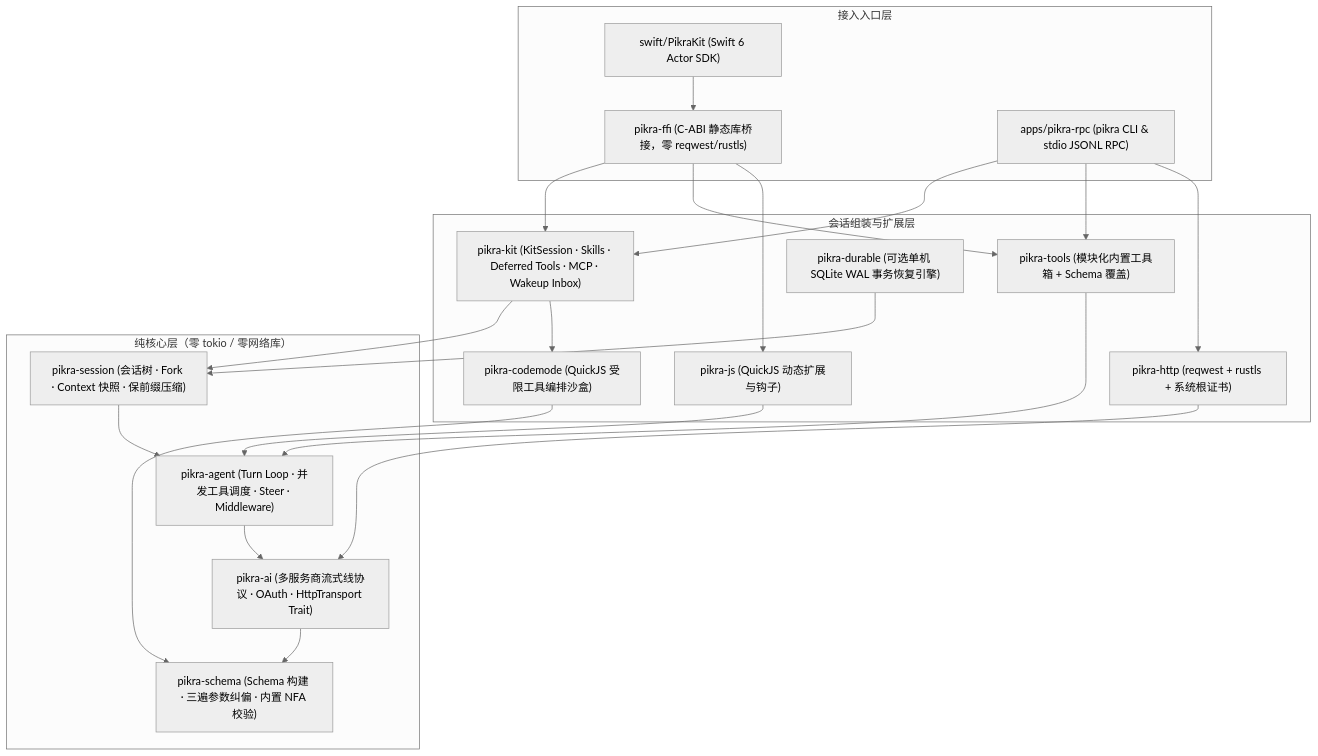
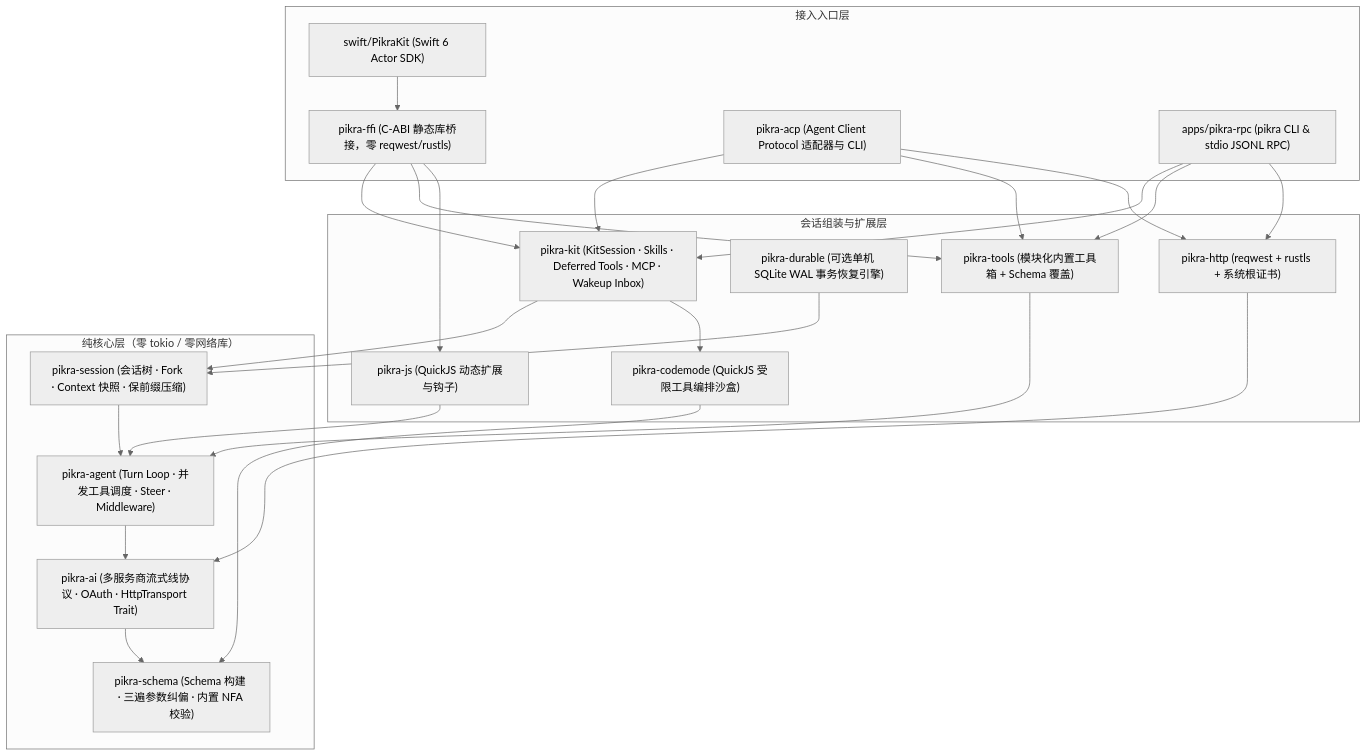
Before and after one commit to what1f/jimu: the second of 2 diagrams in docs/architecture.md, drawn with Mermaid (neutral theme). The commit also changed 3 other files, not shown here.

Commit message:
docs(acp): add pikra-acp editor integration guide and update architecture docs

````diff
--- a/docs/architecture.md
+++ b/docs/architecture.md
@@ -43,44 +43,48 @@
 ```mermaid
 flowchart TD
     subgraph Entry["接入入口层"]
         Swift["swift/PikraKit (Swift 6 Actor SDK)"]
         FFI["pikra-ffi (C-ABI 静态库桥接，零 reqwest/rustls)"]
+        ACP["pikra-acp (Agent Client Protocol 适配器与 CLI)"]
         RPC["apps/pikra-rpc (pikra CLI & stdio JSONL RPC)"]
     end
 
     subgraph Runtime["会话组装与扩展层"]
         Kit["pikra-kit (KitSession · Skills · Deferred Tools · MCP · Wakeup Inbox)"]
         Tools["pikra-tools (模块化内置工具箱 + Schema 覆盖)"]
         Durable["pikra-durable (可选单机 SQLite WAL 事务恢复引擎)"]
         JS["pikra-js (QuickJS 动态扩展与钩子)"]
         CodeMode["pikra-codemode (QuickJS 受限工具编排沙盒)"]
         HTTP["pikra-http (reqwest + rustls + 系统根证书)"]
     end
 
     subgraph Core["纯核心层（零 tokio / 零网络库）"]
         Session["pikra-session (会话树 · Fork · Context 快照 · 保前缀压缩)"]
         Agent["pikra-agent (Turn Loop · 并发工具调度 · Steer · Middleware)"]
         AI["pikra-ai (多服务商流式线协议 · OAuth · HttpTransport Trait)"]
         Schema["pikra-schema (Schema 构建 · 三遍参数纠偏 · 内置 NFA 校验)"]
     end
 
     Swift --> FFI
     FFI --> Kit
     FFI --> Tools
     FFI --> JS
+    ACP --> Kit
+    ACP --> Tools
+    ACP --> HTTP
     RPC --> Kit
     RPC --> Tools
     RPC --> HTTP
 
     Kit --> Session
     Kit --> CodeMode
     Durable --> Session
     JS --> Agent
     Tools --> Agent
     CodeMode --> Schema
     HTTP --> AI
 
     Session --> Agent
     Agent --> AI
     AI --> Schema
 ```
````
